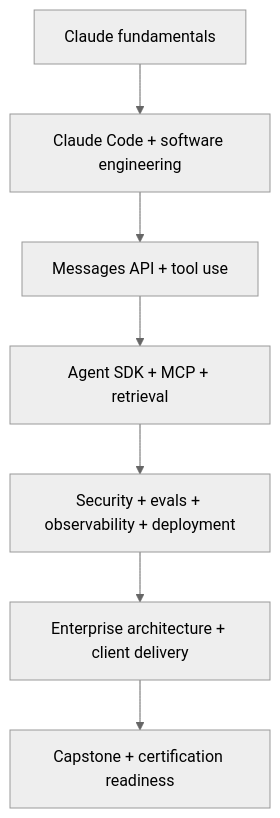
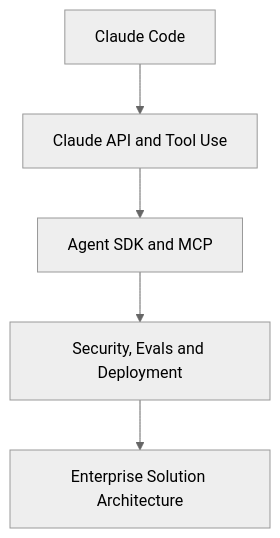
The diagram in README.md (tim5633/claude-agent-engineering-30-day-bootcamp), drawn with Mermaid (neutral theme) before and after one commit. The commit also changed other lines of this file and 48 other files, not shown here.

````diff
--- a/README.md
+++ b/README.md
@@ -21,9 +11,7 @@
 ```mermaid
 flowchart TD
- A[Claude fundamentals] --> B[Claude Code + software engineering]
- B --> C[Messages API + tool use]
- C --> D[Agent SDK + MCP + retrieval]
- D --> E[Security + evals + observability + deployment]
- E --> F[Enterprise architecture + client delivery]
- F --> G[Capstone + certification readiness]
+ A[Claude Code] --> B[Claude API and Tool Use]
+ B --> C[Agent SDK and MCP]
+ C --> D[Security, Evals and Deployment]
+ D --> E[Enterprise Solution Architecture]
 ```
````
